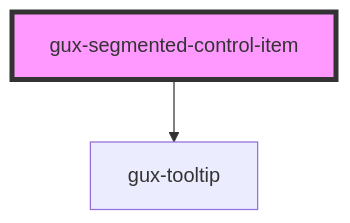
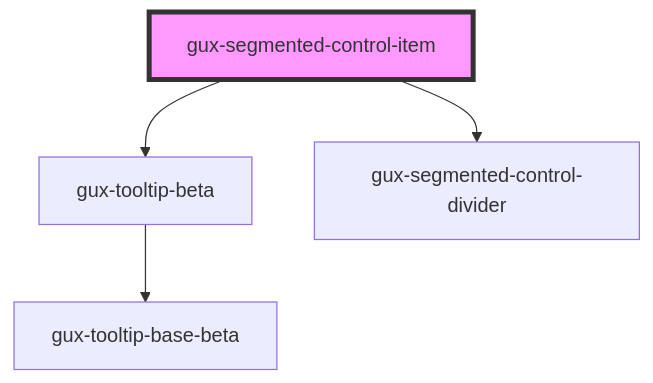
Before and after one commit to MyPureCloud/genesys-spark: the diagram in packages/genesys-spark-components/src/components/beta/gux-segmented-control/gux-segmented-control-item/readme.md, drawn with Mermaid. The commit also changed other lines of this file and 85 other files, not shown here.

First line of the commit message:
feat(segmented-control): Updating redesign for UI component segmented control (#1292)

````diff
--- a/packages/genesys-spark-components/src/components/beta/gux-segmented-control/gux-segmented-control-item/readme.md
+++ b/packages/genesys-spark-components/src/components/beta/gux-segmented-control/gux-segmented-control-item/readme.md
@@ -31,5 +32,7 @@
 ```mermaid
 graph TD;
-  gux-segmented-control-item --> gux-tooltip
+  gux-segmented-control-item --> gux-tooltip-beta
+  gux-segmented-control-item --> gux-segmented-control-divider
+  gux-tooltip-beta --> gux-tooltip-base-beta
   style gux-segmented-control-item fill:#f9f,stroke:#333,stroke-width:4px
 ```
````
